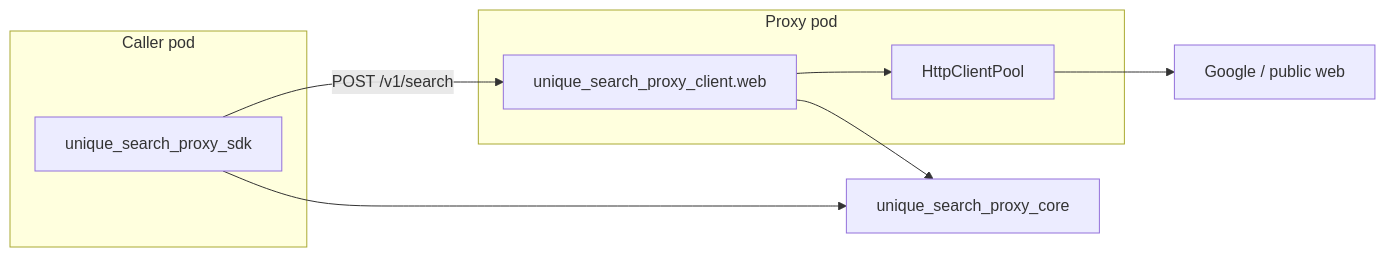
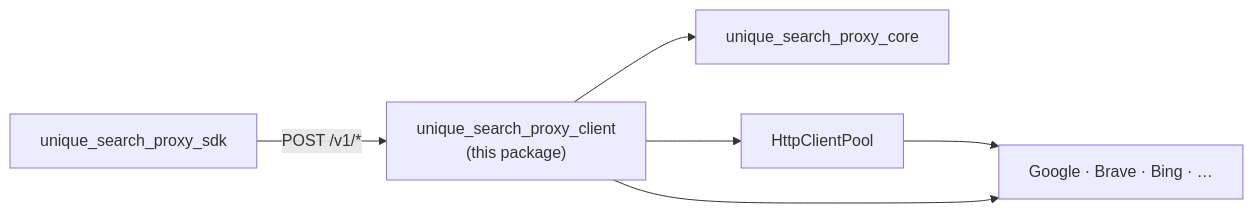
The first of 2 diagrams in connectors/unique_search_proxy/unique_search_proxy_client/README.md (Unique-AG/ai), drawn with Mermaid before and after one commit. The commit also changed other lines of this file and 31 other files, not shown here.

````diff
--- a/connectors/unique_search_proxy/unique_search_proxy_client/README.md
+++ b/connectors/unique_search_proxy/unique_search_proxy_client/README.md
@@ -11,17 +23,14 @@
 ```mermaid
 flowchart LR
-  subgraph caller["Caller pod"]
     SDK["unique_search_proxy_sdk"]
-  end
-  subgraph proxy["Proxy pod"]
-    API["unique_search_proxy_client.web"]
+    Client["unique_search_proxy_client\n(this package)"]
+    Core["unique_search_proxy_core"]
     Pool["HttpClientPool"]
-  end
-  Core["unique_search_proxy_core"]
-  Internet["Google / public web"]
-  SDK --> Core
-  API --> Core
-  SDK -->|"POST /v1/search"| API
-  API --> Pool
-  Pool --> Internet
+    Providers["Google · Brave · Bing · …"]
+
+    SDK -->|"POST /v1/*"| Client
+    Client --> Core
+    Client --> Pool
+    Pool --> Providers
+    Client --> Providers
 ```
````
